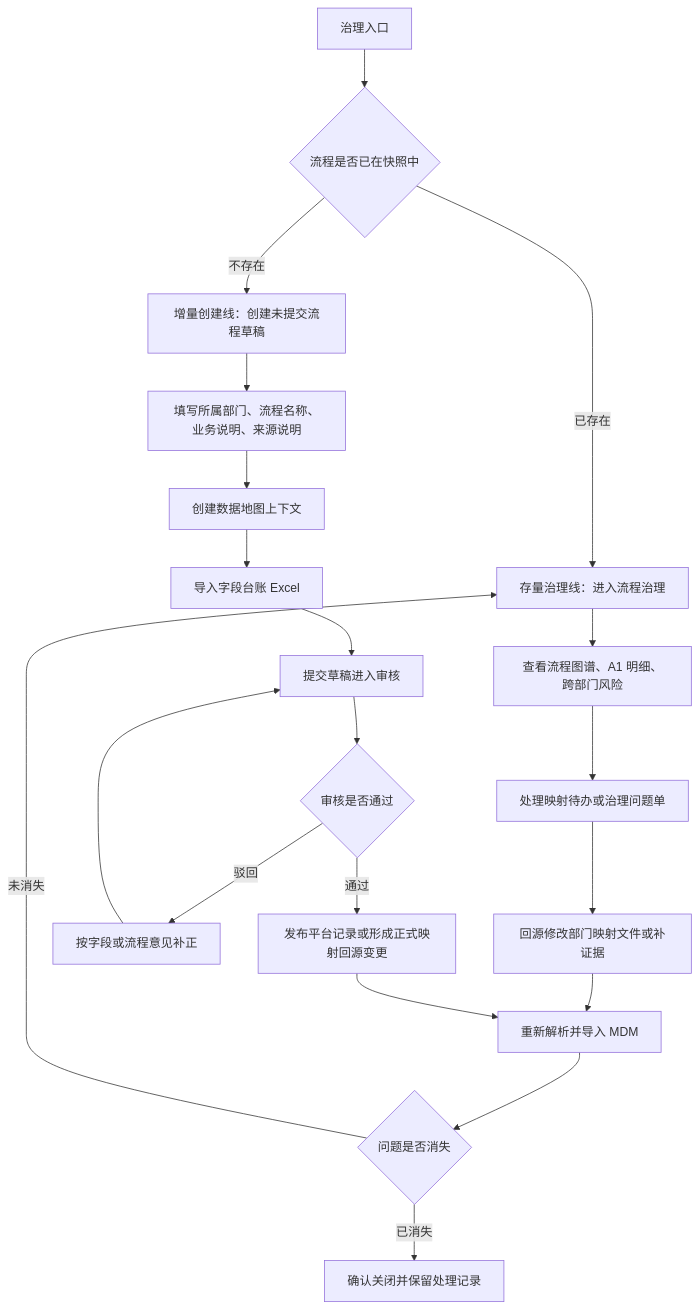
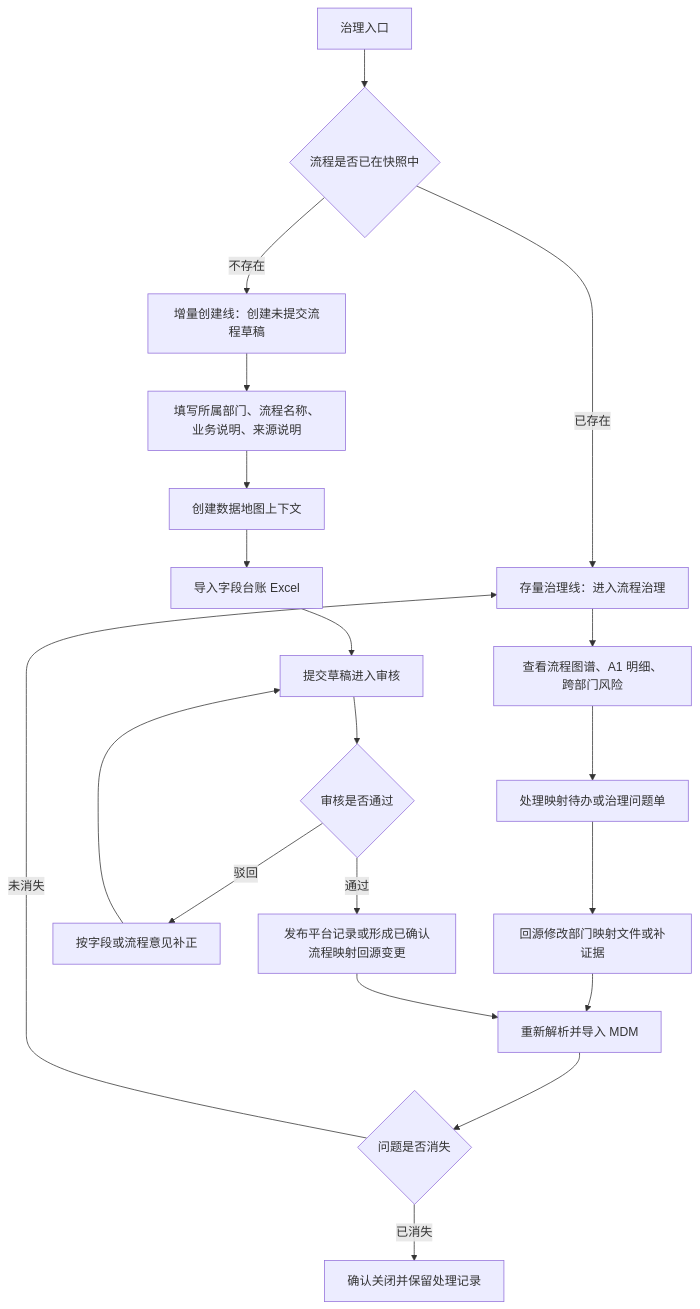
One commit to Harbinian/Infomat changed the diagram in docs/norms/流程治理/MDM治理承接流程.md. Above: the diagram before and after it, drawn with Mermaid. The commit also changed other lines of this file and 190 other files, not shown here.

````diff
--- a/docs/norms/流程治理/MDM治理承接流程.md
+++ b/docs/norms/流程治理/MDM治理承接流程.md
@@ -67,24 +67,24 @@
 ```mermaid
 flowchart TD
     A["治理入口"] --> B{"流程是否已在快照中"}
 
     B -->|已存在| C["存量治理线：进入流程治理"]
     C --> D["查看流程图谱、A1 明细、跨部门风险"]
     D --> E["处理映射待办或治理问题单"]
     E --> F["回源修改部门映射文件或补证据"]
     F --> G["重新解析并导入 MDM"]
     G --> H{"问题是否消失"}
     H -->|未消失| C
     H -->|已消失| I["确认关闭并保留处理记录"]
 
     B -->|不存在| J["增量创建线：创建未提交流程草稿"]
     J --> K["填写所属部门、流程名称、业务说明、来源说明"]
     K --> L["创建数据地图上下文"]
     L --> M["导入字段台账 Excel"]
     M --> N["提交草稿进入审核"]
     N --> O{"审核是否通过"}
     O -->|驳回| P["按字段或流程意见补正"]
     P --> N
-    O -->|通过| Q["发布平台记录或形成正式映射回源变更"]
+    O -->|通过| Q["发布平台记录或形成已确认流程映射回源变更"]
     Q --> G
 ```
````
